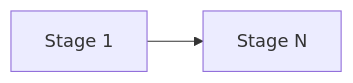
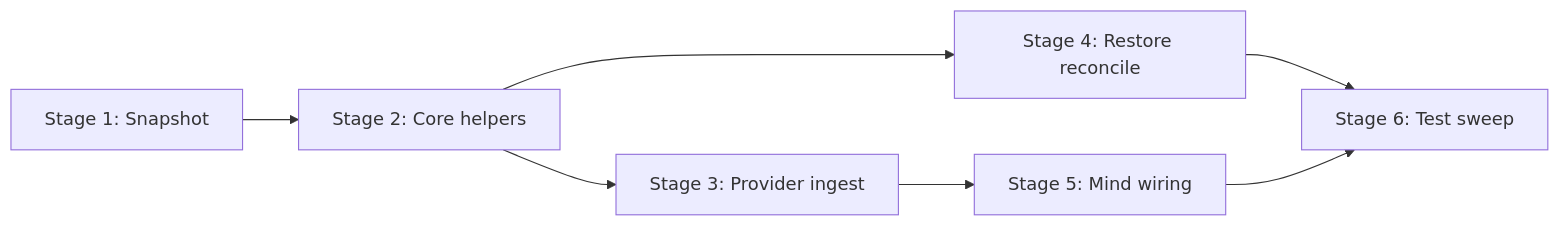
One commit to KolesnikMichael/yoda-chat-bot changed the diagram in doc/backlog/TASK-002-user-introduction-on-ingest/plan.md. Above: the diagram before and after it, drawn with Mermaid. The commit also changed other lines of this file and 4 other files, not shown here.

````diff
--- a/doc/backlog/TASK-002-user-introduction-on-ingest/plan.md
+++ b/doc/backlog/TASK-002-user-introduction-on-ingest/plan.md
@@ -84,4 +165,9 @@
 ```mermaid
 graph LR
-    S1[Stage 1] --> S2[Stage N]
+    S1[Stage 1: Snapshot] --> S2[Stage 2: Core helpers]
+    S2 --> S3[Stage 3: Provider ingest]
+    S2 --> S4[Stage 4: Restore reconcile]
+    S3 --> S5[Stage 5: Mind wiring]
+    S4 --> S6[Stage 6: Test sweep]
+    S5 --> S6
 ```
````
